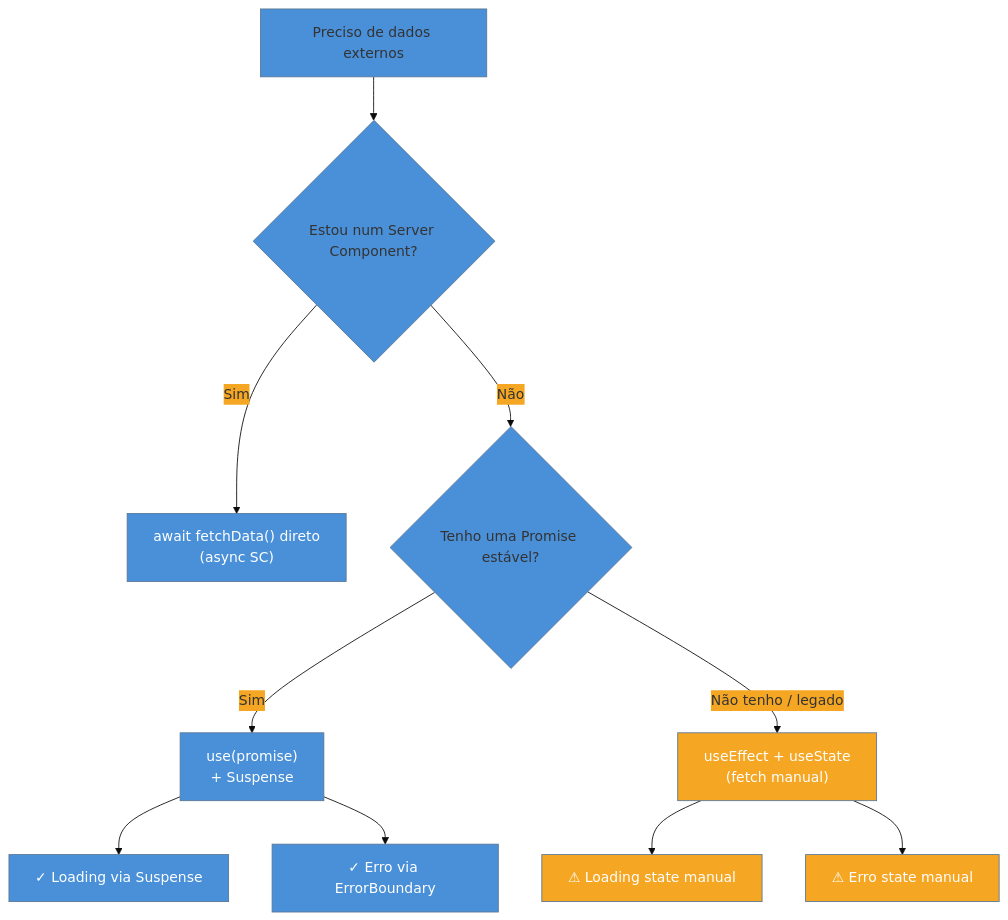
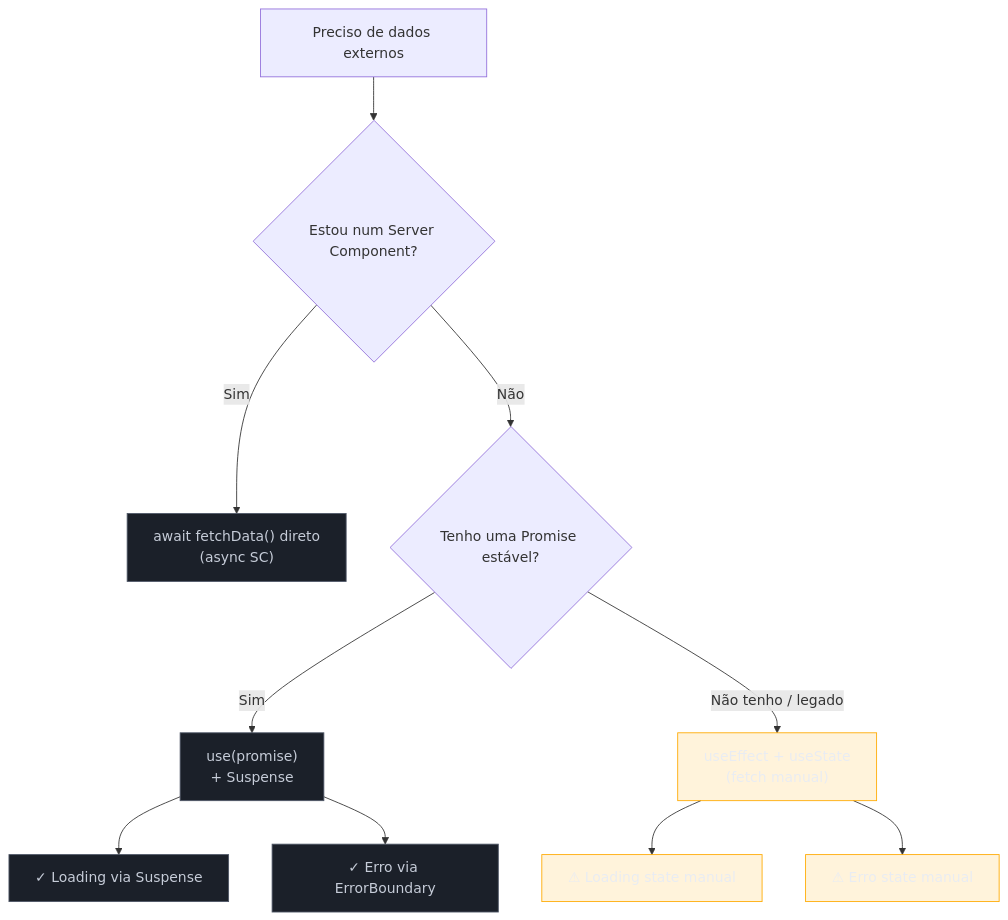
The second of 3 diagrams in 03-Dominios/Tecnologia/React/React core/21 - O hook use().md (josenaldo/codex-technomanticus), drawn with Mermaid before and after one commit. The commit also changed other lines of this file and 1181 other files, not shown here.

First line of the commit message:
fix(diagramas): paleta do sistema no lugar de cor cravada no markdown

````diff
--- a/03-Dominios/Tecnologia/React/React core/21 - O hook use().md
+++ b/03-Dominios/Tecnologia/React/React core/21 - O hook use().md
@@ -199,21 +198,22 @@
 ```mermaid
-%%{init: {"theme": "base", "themeVariables": {"primaryColor": "#4A90D9", "secondaryColor": "#F5A623", "tertiaryColor": "#D0021B"}}}%%
 graph TD
+    classDef neutro fill:#1B2029,stroke:#4E5666,color:#C6CCD8
+    classDef destaque fill:#FFAA0024,stroke:#FFAA00,color:#E9ECF2
     A[Preciso de dados externos] --> B{Estou num Server Component?}
     B -- Sim --> C["await fetchData() direto<br/>(async SC)"]
     B -- Não --> D{Tenho uma Promise estável?}
     D -- Sim --> E["use(promise)<br/>+ Suspense"]
     D -- Não tenho / legado --> F["useEffect + useState<br/>(fetch manual)"]
     E --> G[✓ Loading via Suspense]
     E --> H[✓ Erro via ErrorBoundary]
     F --> I[⚠ Loading state manual]
     F --> J[⚠ Erro state manual]
 
-    style C fill:#4A90D9,color:#fff
-    style E fill:#4A90D9,color:#fff
-    style F fill:#F5A623,color:#fff
-    style G fill:#4A90D9,color:#fff
-    style H fill:#4A90D9,color:#fff
-    style I fill:#F5A623,color:#fff
-    style J fill:#F5A623,color:#fff
+    class C neutro
+    class E neutro
+    class F destaque
+    class G neutro
+    class H neutro
+    class I destaque
+    class J destaque
 ```
````
